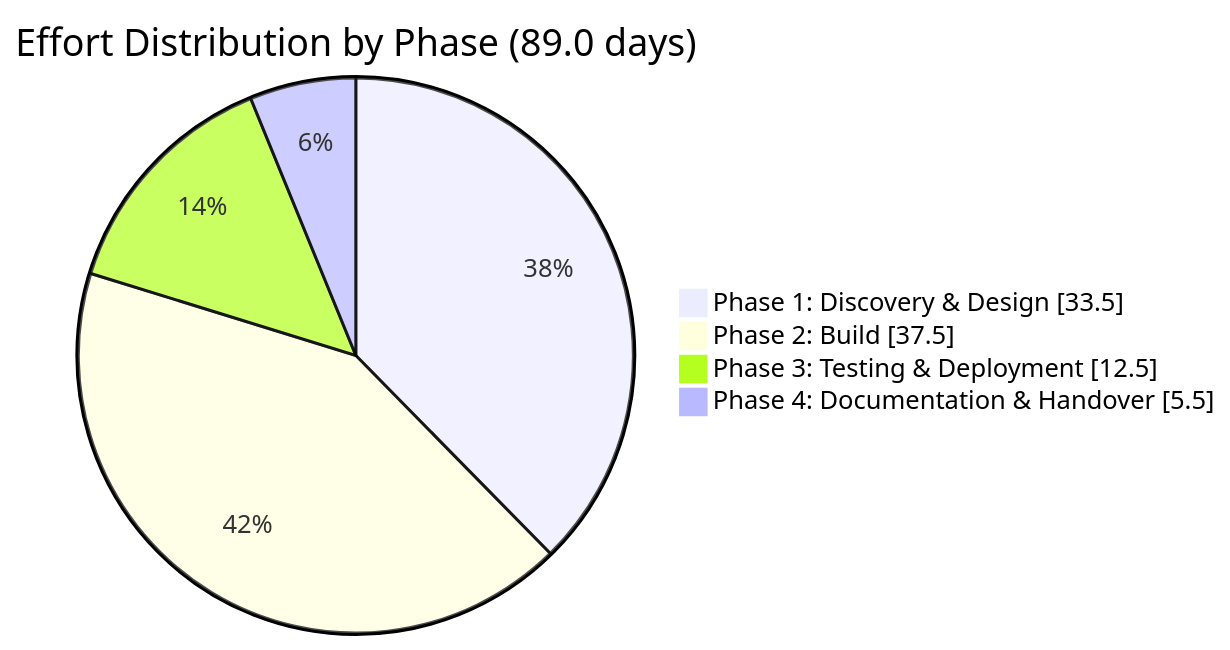
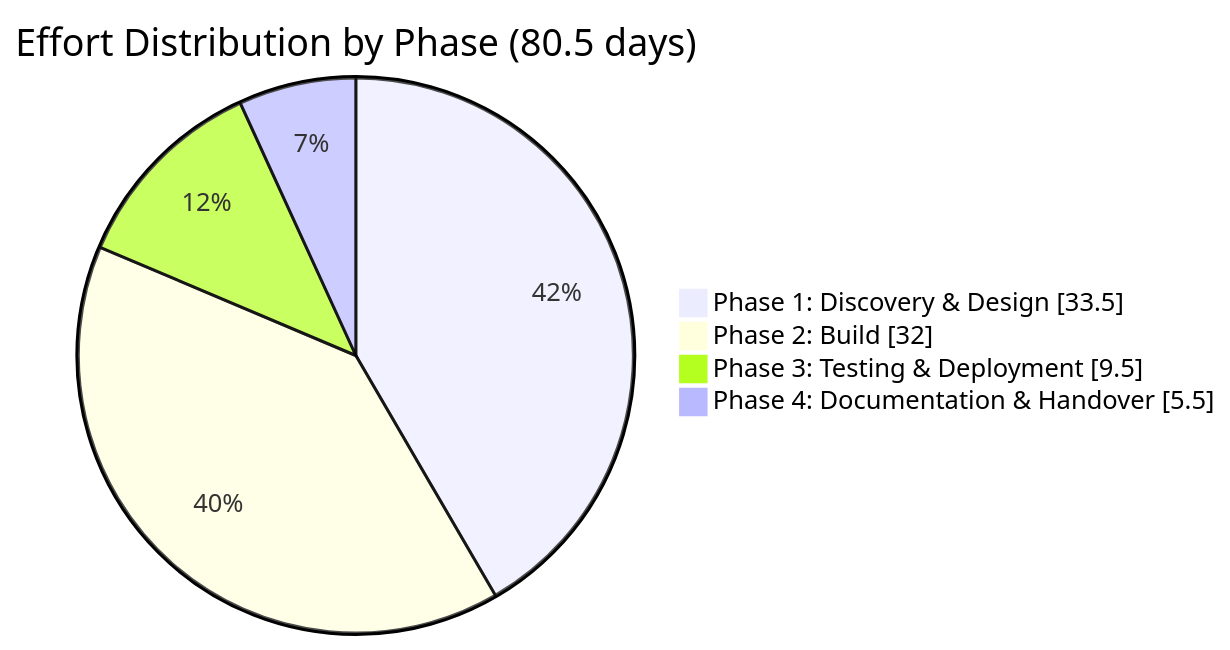
One commit to sfc-gh-mhindi/REPO_CANVA changed the second of 2 diagrams in 4-DataPipelinePrioritisation/Product Exp - Macros/ProductExperience_Macros_Scope_of_Work_INTERNAL.md. Above: the diagram before and after it, drawn with Mermaid. The commit also changed other lines of this file and 7 other files, not shown here.

````diff
--- a/4-DataPipelinePrioritisation/Product Exp - Macros/ProductExperience_Macros_Scope_of_Work_INTERNAL.md
+++ b/4-DataPipelinePrioritisation/Product Exp - Macros/ProductExperience_Macros_Scope_of_Work_INTERNAL.md
@@ -632,8 +613,8 @@
 ```mermaid
 pie showData
-    title Effort Distribution by Phase (89.0 days)
+    title Effort Distribution by Phase (80.5 days)
     "Phase 1: Discovery & Design" : 33.5
-    "Phase 2: Build" : 37.5
-    "Phase 3: Testing & Deployment" : 12.5
+    "Phase 2: Build" : 32.0
+    "Phase 3: Testing & Deployment" : 9.5
     "Phase 4: Documentation & Handover" : 5.5
 ```
````
